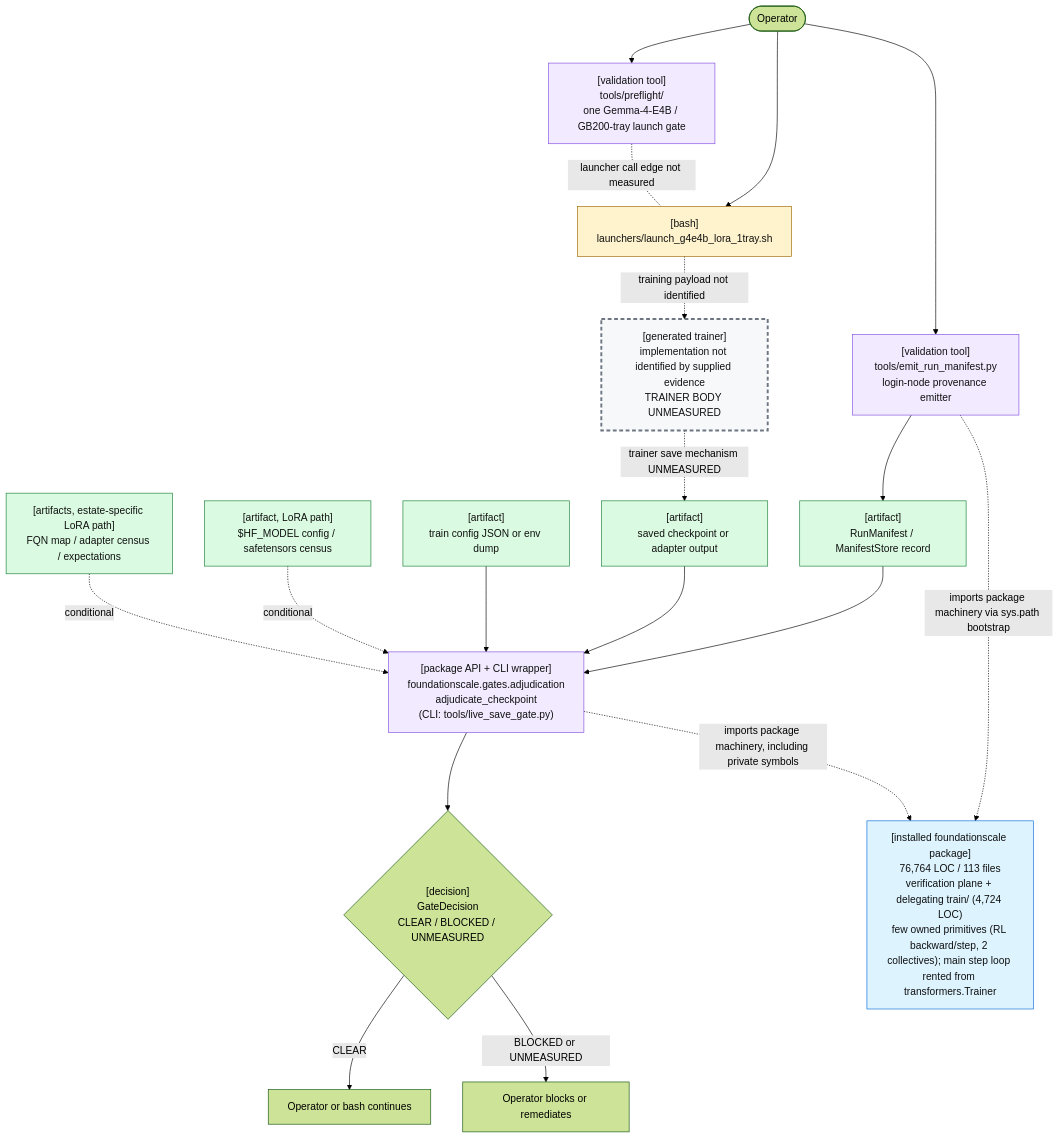
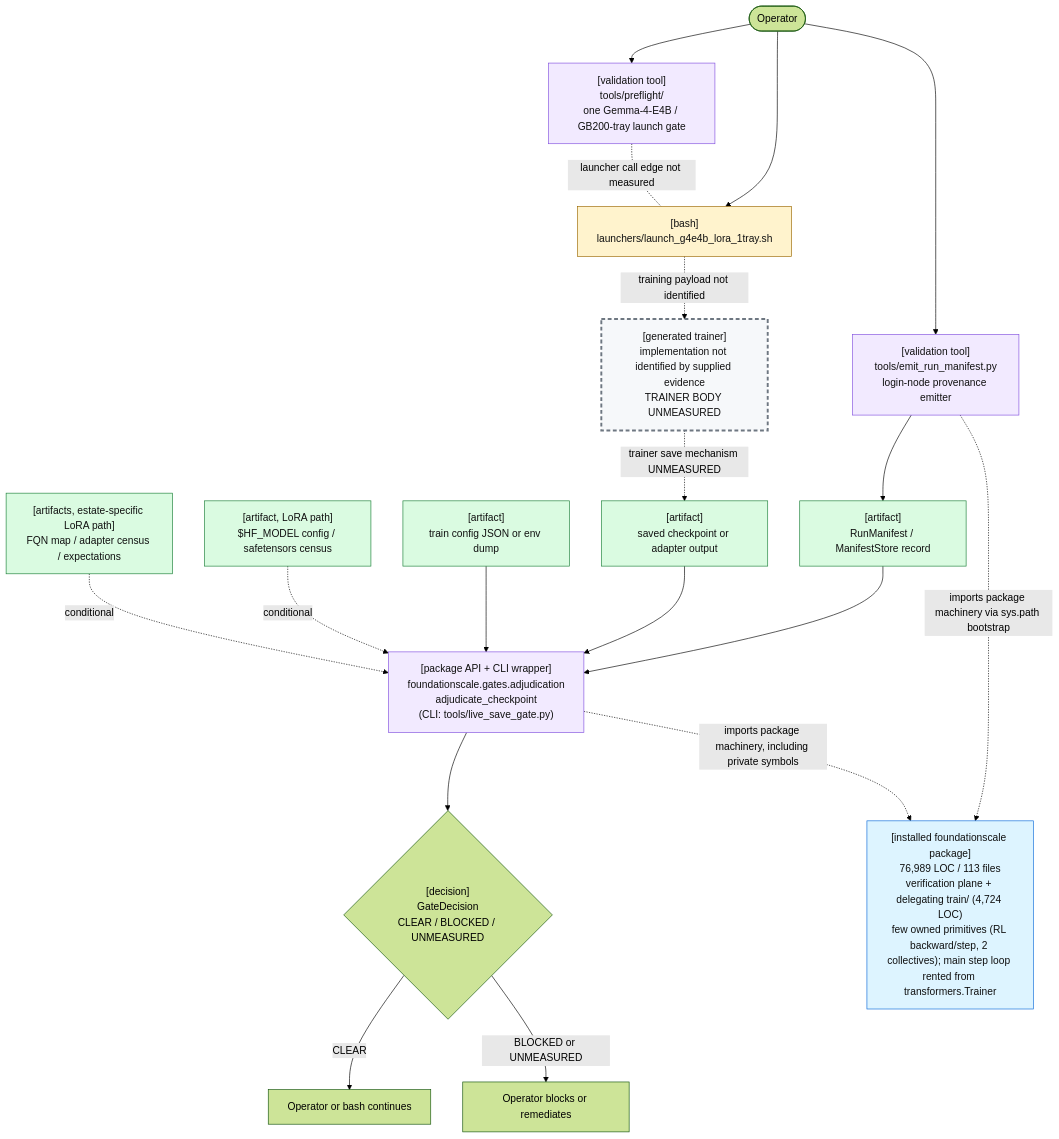
Before and after one commit to TranNhiem/FoundationScale: the first of 2 diagrams in docs/review/D2_current_architecture.md, drawn with Mermaid (forest theme). The commit also changed other lines of this file and 10 other files, not shown here.

````diff
--- a/docs/review/D2_current_architecture.md
+++ b/docs/review/D2_current_architecture.md
@@ -25,59 +25,59 @@
 ```mermaid
 flowchart TB
   O(["Operator"])
 
   PF["[validation tool]<br/>tools/preflight/<br/>one Gemma-4-E4B / GB200-tray launch gate"]
   L["[bash]<br/>launchers/launch_g4e4b_lora_1tray.sh"]
 
   E["[validation tool]<br/>tools/emit_run_manifest.py<br/>login-node provenance emitter"]
   M["[artifact]<br/>RunManifest / ManifestStore record"]
 
   T["[generated trainer]<br/>implementation not identified by supplied evidence<br/>TRAINER BODY UNMEASURED"]
   C["[artifact]<br/>saved checkpoint or adapter output"]
 
   G["[package API + CLI wrapper]<br/>foundationscale.gates.adjudication<br/>adjudicate_checkpoint<br/>(CLI: tools/live_save_gate.py)"]
   CFG["[artifact]<br/>train config JSON or env dump"]
   BASE["[artifact, LoRA path]<br/>$HF_MODEL config / safetensors census"]
   CEN["[artifacts, estate-specific LoRA path]<br/>FQN map / adapter census / expectations"]
 
   D{"[decision]<br/>GateDecision<br/>CLEAR / BLOCKED / UNMEASURED"}
   OK["Operator or bash continues"]
   NO["Operator blocks or remediates"]
 
-  PKG["[installed foundationscale package]<br/>76,764 LOC / 113 files<br/>verification plane + delegating train/ (4,724 LOC)<br/>few owned primitives (RL backward/step, 2 collectives); main step loop rented from transformers.Trainer"]
+  PKG["[installed foundationscale package]<br/>76,989 LOC / 113 files<br/>verification plane + delegating train/ (4,724 LOC)<br/>few owned primitives (RL backward/step, 2 collectives); main step loop rented from transformers.Trainer"]
 
   O --> PF
   O --> L
   PF -. "launcher call edge not measured" .- L
 
   O --> E
   E --> M
 
   L -. "training payload not identified" .-> T
   T -. "trainer save mechanism UNMEASURED" .-> C
 
   M --> G
   C --> G
   CFG --> G
   BASE -. "conditional" .-> G
   CEN -. "conditional" .-> G
 
   E -. "imports package machinery via sys.path bootstrap" .-> PKG
   G -. "imports package machinery, including private symbols" .-> PKG
 
   G --> D
   D -->|"CLEAR"| OK
   D -->|"BLOCKED or UNMEASURED"| NO
 
   classDef bash fill:#fff3cd,stroke:#9a6700,color:#111;
   classDef tool fill:#f2eaff,stroke:#8250df,color:#111;
   classDef artifact fill:#dafbe1,stroke:#1a7f37,color:#111;
   classDef gap fill:#f6f8fa,stroke:#6e7781,stroke-width:3px,stroke-dasharray: 6 4,color:#111;
   classDef pkg fill:#ddf4ff,stroke:#0969da,color:#111;
 
   class L bash;
   class PF,E,G tool;
   class M,C,CFG,BASE,CEN artifact;
   class T gap;
   class PKG pkg;
 ```
````
